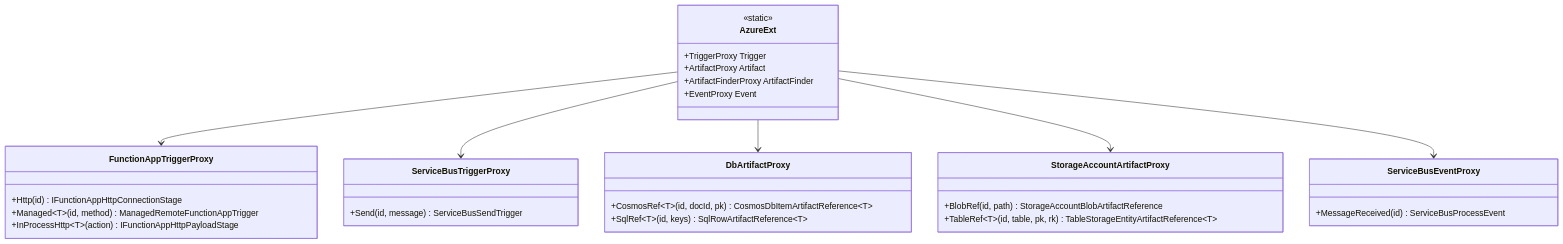
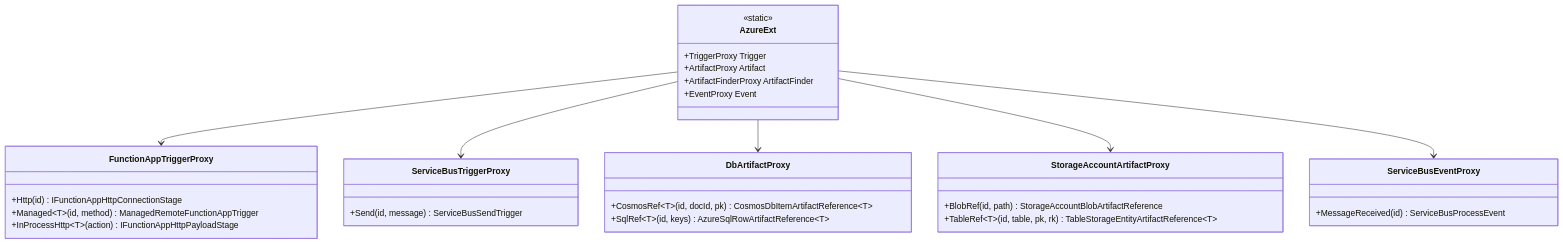
The fourth of 17 diagrams in Documentation/Arc42.md (DeadMoon0/TestFramework-Azure), drawn with Mermaid before and after one commit. The commit also changed other lines of this file and 16 other files, not shown here.

````diff
--- a/Documentation/Arc42.md
+++ b/Documentation/Arc42.md
@@ -218,34 +218,34 @@
 ```mermaid
 classDiagram
     class AzureExt {
         <<static>>
         +TriggerProxy Trigger
         +ArtifactProxy Artifact
         +ArtifactFinderProxy ArtifactFinder
         +EventProxy Event
     }
     class FunctionAppTriggerProxy {
         +Http(id) IFunctionAppHttpConnectionStage
         +Managed~T~(id, method) ManagedRemoteFunctionAppTrigger
         +InProcessHttp~T~(action) IFunctionAppHttpPayloadStage
     }
     class ServiceBusTriggerProxy {
         +Send(id, message) ServiceBusSendTrigger
     }
     class DbArtifactProxy {
         +CosmosRef~T~(id, docId, pk) CosmosDbItemArtifactReference~T~
-        +SqlRef~T~(id, keys) SqlRowArtifactReference~T~
+        +SqlRef~T~(id, keys) AzureSqlRowArtifactReference~T~
     }
     class StorageAccountArtifactProxy {
         +BlobRef(id, path) StorageAccountBlobArtifactReference
         +TableRef~T~(id, table, pk, rk) TableStorageEntityArtifactReference~T~
     }
     class ServiceBusEventProxy {
         +MessageReceived(id) ServiceBusProcessEvent
     }
     AzureExt --> FunctionAppTriggerProxy
     AzureExt --> ServiceBusTriggerProxy
     AzureExt --> DbArtifactProxy
     AzureExt --> StorageAccountArtifactProxy
     AzureExt --> ServiceBusEventProxy
 ```
````
